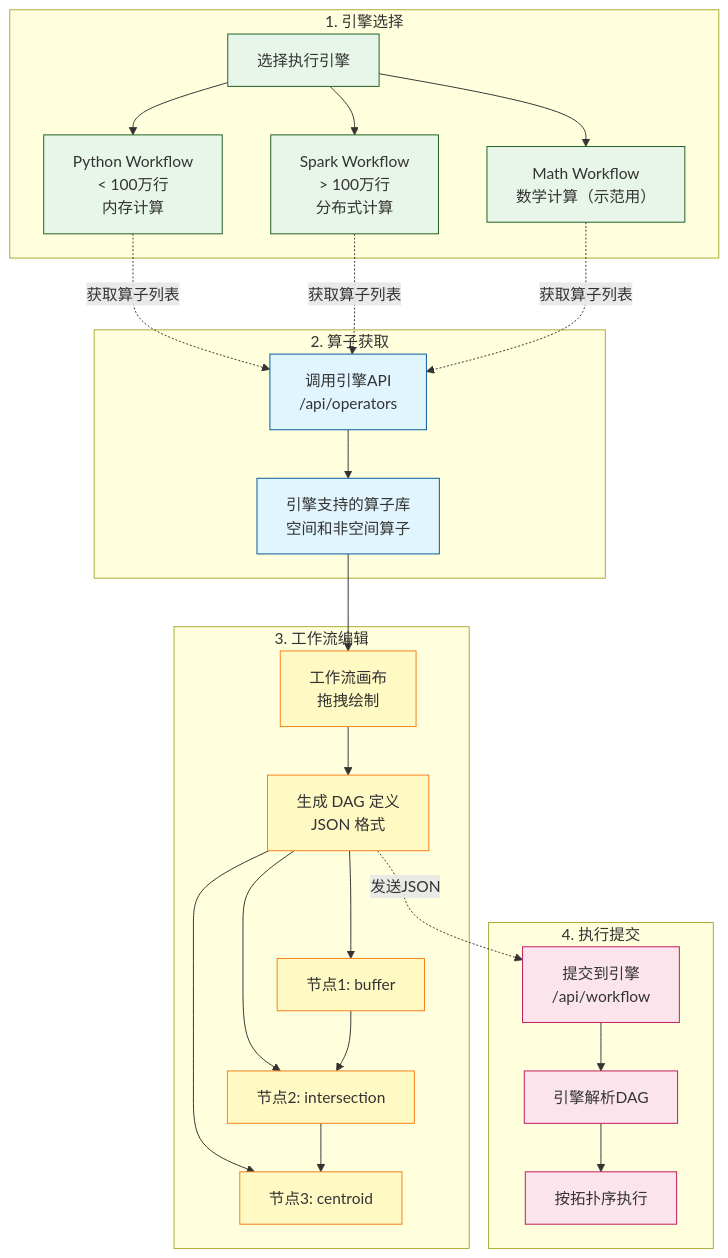
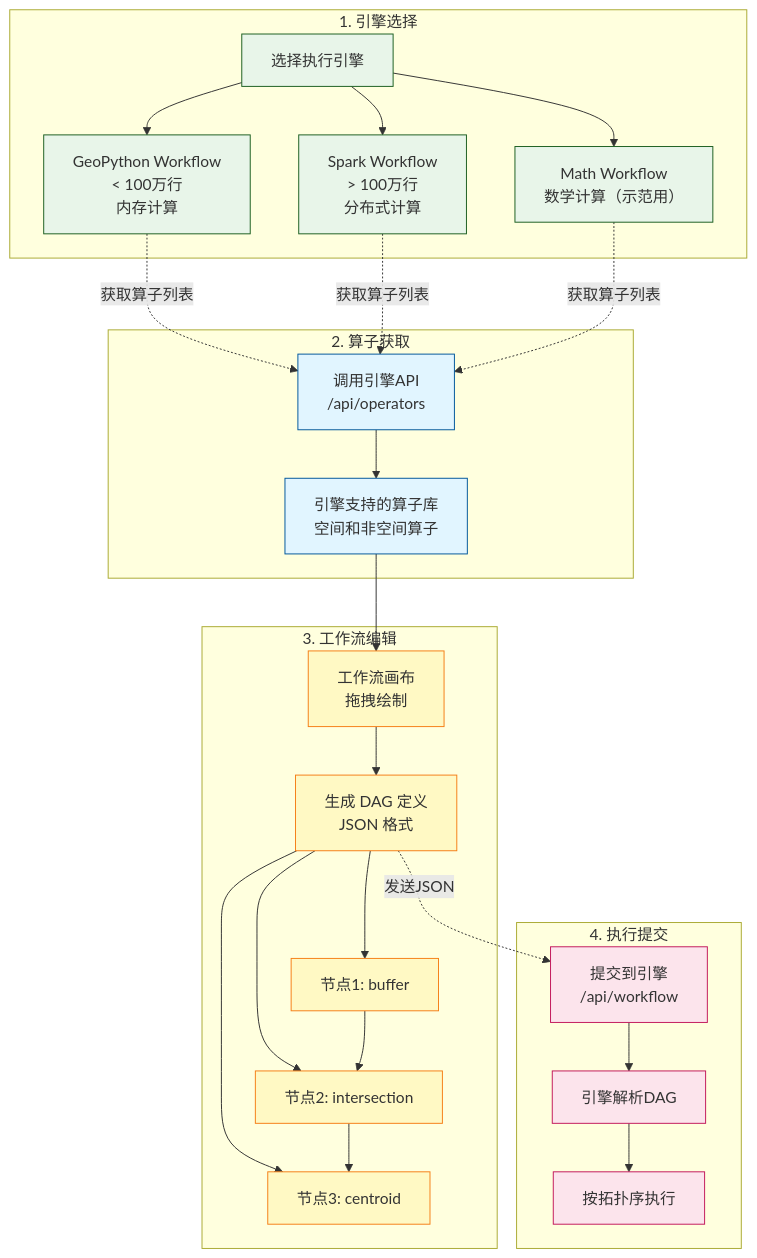
The third of 5 diagrams in docs/concepts/addp数据开发体系图.md (pampa0629/addp), drawn with Mermaid before and after one commit. The commit also changed other lines of this file and 175 other files, not shown here.

````diff
--- a/docs/concepts/addp数据开发体系图.md
+++ b/docs/concepts/addp数据开发体系图.md
@@ -116,52 +116,52 @@
 ```mermaid
 graph TB
     subgraph "1. 引擎选择"
         EngineSelect[选择执行引擎]
 
-        EngineSelect --> PyWF[Python Workflow<br/>< 100万行<br/>内存计算]
+        EngineSelect --> PyWF[GeoPython Workflow<br/>< 100万行<br/>内存计算]
         EngineSelect --> SparkWF[Spark Workflow<br/>> 100万行<br/>分布式计算]
         EngineSelect --> MathWF[Math Workflow<br/>数学计算（示范用）]
     end
 
     subgraph "2. 算子获取"
         GetOps[调用引擎API<br/>/api/operators]
 
         PyWF -.获取算子列表.-> GetOps
         SparkWF -.获取算子列表.-> GetOps
         MathWF -.获取算子列表.-> GetOps
 
         GetOps --> OpList[引擎支持的算子库<br/>空间和非空间算子]
     end
 
     subgraph "3. 工作流编辑"
         UI[工作流画布<br/>拖拽绘制]
         OpList --> UI
 
         UI --> DAG[生成 DAG 定义<br/>JSON 格式]
 
         DAG --> Task1[节点1: buffer]
         DAG --> Task2[节点2: intersection]
         DAG --> Task3[节点3: centroid]
 
         Task1 --> Task2
         Task2 --> Task3
     end
 
     subgraph "4. 执行提交"
         Submit[提交到引擎<br/>/api/workflow]
         DAG -.发送JSON.-> Submit
 
         Submit --> Parse[引擎解析DAG]
         Parse --> Execute[按拓扑序执行]
     end
 
     classDef engine fill:#e8f5e9,stroke:#1b5e20
     classDef operator fill:#e1f5ff,stroke:#01579b
     classDef workflow fill:#fff9c4,stroke:#f57f17
     classDef execution fill:#fce4ec,stroke:#c2185b
 
     class EngineSelect,PyWF,SparkWF,MathWF engine
     class GetOps,OpList operator
     class UI,DAG,Task1,Task2,Task3 workflow
     class Submit,Parse,Execute execution
 ```
````
